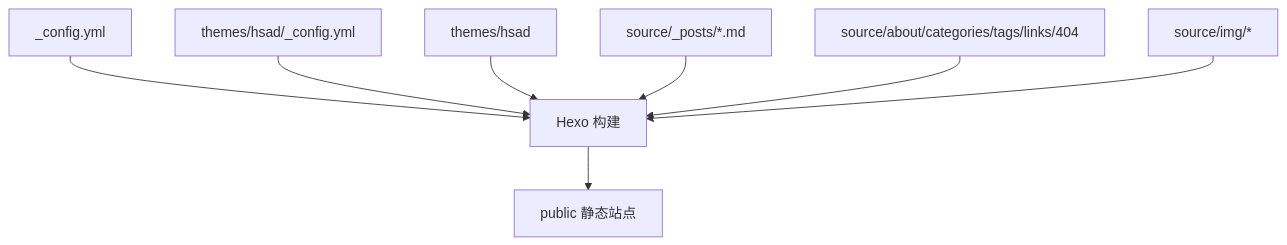
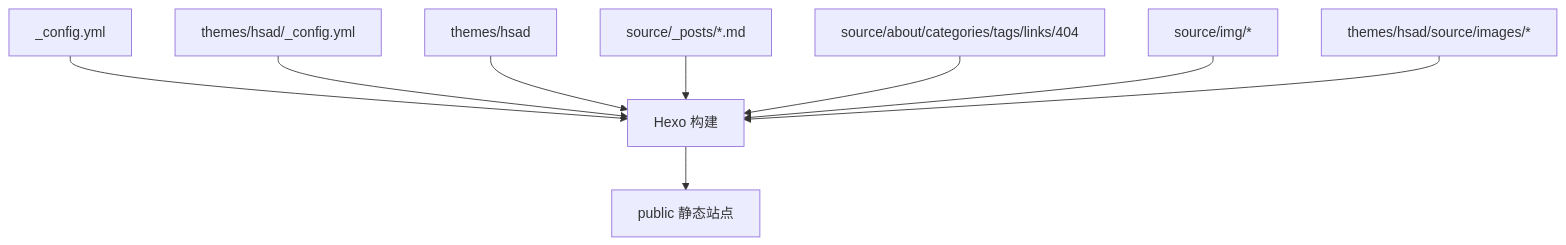
Before and after one commit to GladiusHuang/my_hexo_blog: the second of 2 diagrams in TECHNICAL_OVERVIEW.md, drawn with Mermaid. The commit also changed other lines of this file and 4 other files, not shown here.

Commit message:
Use hsad theme images for sidebar

````diff
--- a/TECHNICAL_OVERVIEW.md
+++ b/TECHNICAL_OVERVIEW.md
@@ -218,19 +238,21 @@
 ```mermaid
 flowchart TD
   Config["_config.yml"]
   ThemeConfig["themes/hsad/_config.yml"]
   Theme["themes/hsad"]
   Posts["source/_posts/*.md"]
   Pages["source/about/categories/tags/links/404"]
-  Images["source/img/*"]
+  SiteImages["source/img/*"]
+  ThemeImages["themes/hsad/source/images/*"]
   Hexo["Hexo 构建"]
   Public["public 静态站点"]
 
   Config --> Hexo
   ThemeConfig --> Hexo
   Theme --> Hexo
   Posts --> Hexo
   Pages --> Hexo
-  Images --> Hexo
+  SiteImages --> Hexo
+  ThemeImages --> Hexo
   Hexo --> Public
 ```
````
